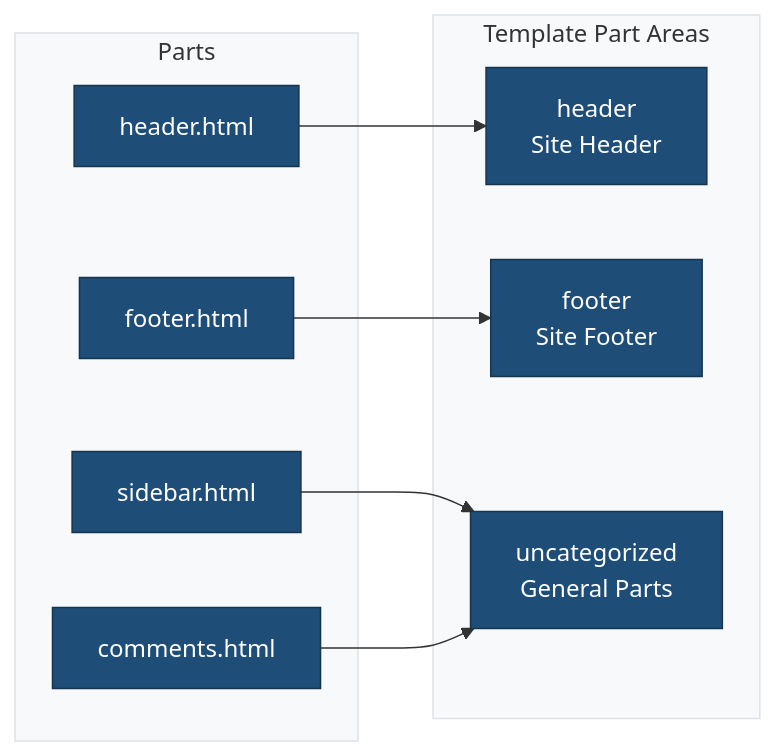
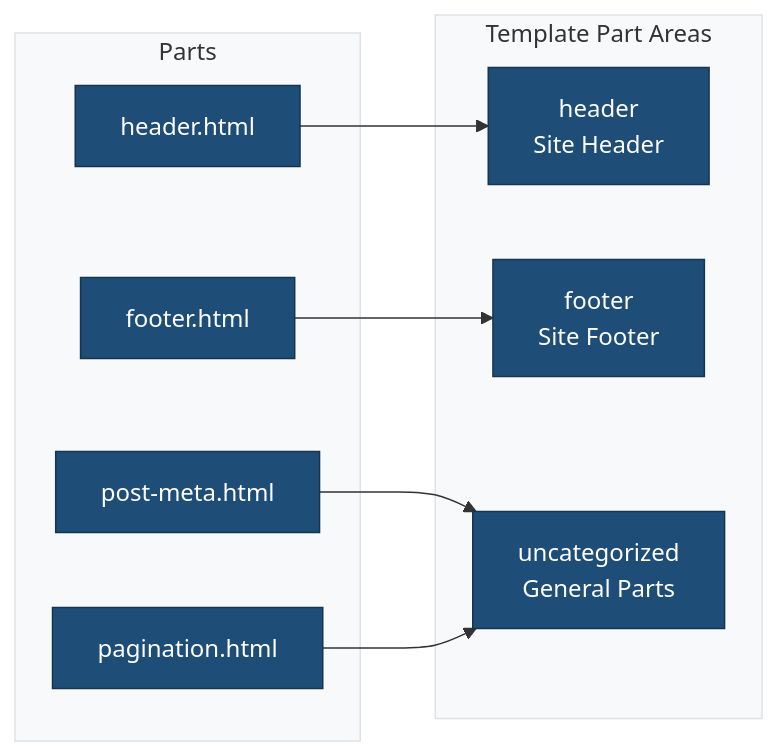
The second of 2 diagrams in parts/README.md (lightspeedwp/block-theme-scaffold-template), drawn with Mermaid before and after one commit. The commit also changed other lines of this file and 38 other files, not shown here.

````diff
--- a/parts/README.md
+++ b/parts/README.md
@@ -143,21 +149,21 @@
 ```mermaid
 %%{init: {'theme': 'base', 'themeVariables': { 'primaryColor': '#1e4d78', 'primaryTextColor': '#ffffff', 'primaryBorderColor': '#15354f', 'lineColor': '#333333', 'secondaryColor': '#f0f0f0', 'tertiaryColor': '#e8e8e8', 'background': '#ffffff', 'mainBkg': '#1e4d78', 'textColor': '#333333', 'nodeBorder': '#15354f', 'clusterBkg': '#f8f9fa', 'clusterBorder': '#dee2e6', 'titleColor': '#333333'}}}%%
 flowchart LR
     subgraph Areas["Template Part Areas"]
         HeaderArea["header<br/>Site Header"]
         FooterArea["footer<br/>Site Footer"]
         Uncategorized["uncategorized<br/>General Parts"]
     end
 
     subgraph Parts["Parts"]
         H["header.html"]
         F["footer.html"]
-        S["sidebar.html"]
-        C["comments.html"]
+        PM["post-meta.html"]
+        PG["pagination.html"]
     end
 
     H --> HeaderArea
     F --> FooterArea
-    S --> Uncategorized
-    C --> Uncategorized
+    PM --> Uncategorized
+    PG --> Uncategorized
 ```
````
